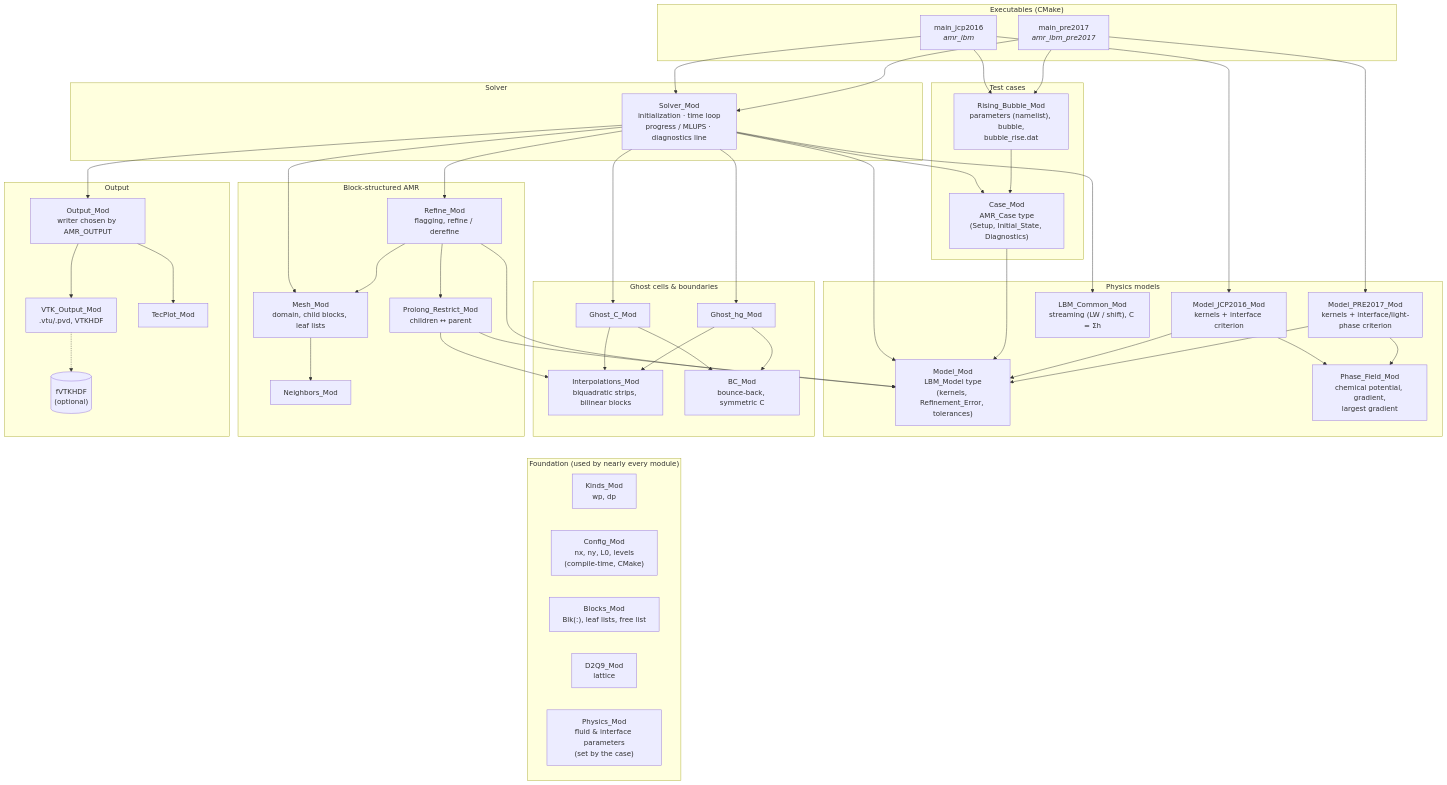
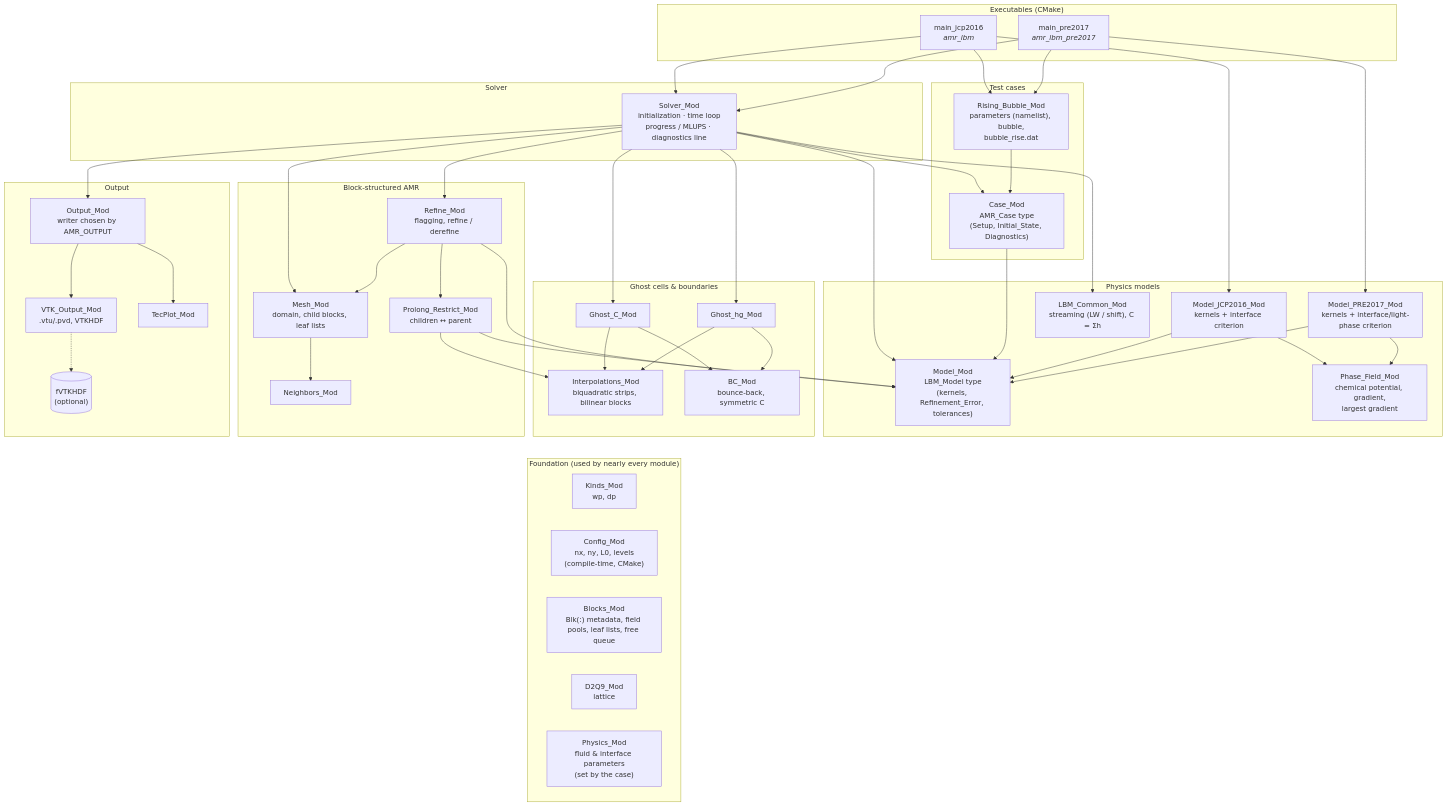
One commit to ivan-pi/AMR-LBM-OpenMP-2D changed the diagram in code_structure.mmd. Above: the diagram before and after it, drawn with Mermaid. The commit also changed 15 other files, not shown here.

First line of the commit message:
Store blocks as integer metadata plus one pool array per field

```diff
--- a/code_structure.mmd
+++ b/code_structure.mmd
@@ -1,94 +1,94 @@
 flowchart TD
     subgraph EXE["Executables (CMake)"]
         mainJ["main_jcp2016<br/><i>amr_lbm</i>"]
         mainP["main_pre2017<br/><i>amr_lbm_pre2017</i>"]
     end
 
     subgraph DRV["Solver"]
         SOL["Solver_Mod<br/>initialization · time loop<br/>progress / MLUPS · diagnostics line"]
     end
 
     subgraph CASE["Test cases"]
         CM["Case_Mod<br/>AMR_Case type<br/>(Setup, Initial_State, Diagnostics)"]
         RB["Rising_Bubble_Mod<br/>parameters (namelist), bubble,<br/>bubble_rise.dat"]
     end
 
     subgraph MOD["Physics models"]
         MM["Model_Mod<br/>LBM_Model type<br/>(kernels, Refinement_Error, tolerances)"]
         JCP["Model_JCP2016_Mod<br/>kernels + interface criterion"]
         PRE["Model_PRE2017_Mod<br/>kernels + interface/light-phase criterion"]
         LBC["LBM_Common_Mod<br/>streaming (LW / shift), C = Σh"]
         PF["Phase_Field_Mod<br/>chemical potential, gradient,<br/>largest gradient"]
     end
 
     subgraph AMR["Block-structured AMR"]
         REF["Refine_Mod<br/>flagging, refine / derefine"]
         PR["Prolong_Restrict_Mod<br/>children ↔ parent"]
         MESH["Mesh_Mod<br/>domain, child blocks, leaf lists"]
         NB["Neighbors_Mod"]
     end
 
     subgraph GH["Ghost cells & boundaries"]
         GC["Ghost_C_Mod"]
         GHG["Ghost_hg_Mod"]
         INT["Interpolations_Mod<br/>biquadratic strips, bilinear blocks"]
         BC["BC_Mod<br/>bounce-back, symmetric C"]
     end
 
     subgraph OUT["Output"]
         OM["Output_Mod<br/>writer chosen by AMR_OUTPUT"]
         VTK["VTK_Output_Mod<br/>.vtu/.pvd, VTKHDF"]
         TEC["TecPlot_Mod"]
         FV[("fVTKHDF<br/>(optional)")]
     end
 
     subgraph BASE["Foundation (used by nearly every module)"]
         K["Kinds_Mod<br/>wp, dp"]
         CFG["Config_Mod<br/>nx, ny, L0, levels<br/>(compile-time, CMake)"]
-        BLK["Blocks_Mod<br/>Blk(:), leaf lists, free list"]
+        BLK["Blocks_Mod<br/>Blk(:) metadata, field pools, leaf lists, free queue"]
         D["D2Q9_Mod<br/>lattice"]
         PH["Physics_Mod<br/>fluid & interface parameters<br/>(set by the case)"]
     end
 
     mainJ --> SOL
     mainJ --> JCP
     mainJ --> RB
     mainP --> SOL
     mainP --> PRE
     mainP --> RB
 
     SOL --> MM
     SOL --> CM
     SOL --> LBC
     SOL --> REF
     SOL --> MESH
     SOL --> GC
     SOL --> GHG
     SOL --> OM
 
     RB --> CM
     CM --> MM
     JCP --> MM
     JCP --> PF
     PRE --> MM
     PRE --> PF
 
     REF --> MESH
     REF --> PR
     REF --> MM
     PR --> MM
     PR --> INT
     MESH --> NB
 
     GC --> INT
     GC --> BC
     GHG --> INT
     GHG --> BC
 
     OM --> VTK
     OM --> TEC
     VTK -.-> FV
 
     NB ~~~ BASE
     INT ~~~ BASE
     MM ~~~ BASE
```
